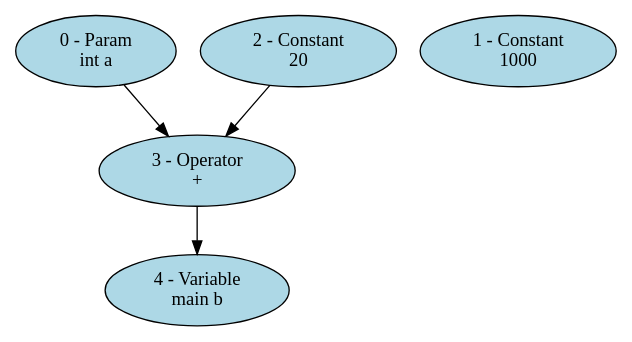
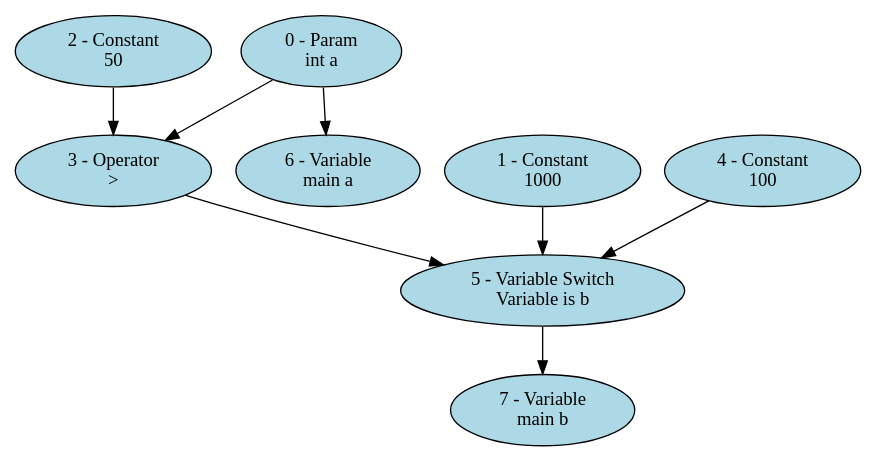
Before and after one commit to BentleyJOakes/SourceToSimulink: the diagram in examples/simple.dot, drawn with Graphviz. The commit also changed 4 other files, not shown here.

```diff
--- a/examples/simple.dot
+++ b/examples/simple.dot
@@ -1,10 +1,17 @@
 digraph simple {
-"0 - Param\nint a" [fillcolor=lightblue, style=filled];
-"1 - Constant\n1000" [fillcolor=lightblue, style=filled];
-"2 - Constant\n20" [fillcolor=lightblue, style=filled];
-"3 - Operator\n+" [fillcolor=lightblue, style=filled];
-"4 - Variable\nmain b" [fillcolor=lightblue, style=filled];
-"0 - Param\nint a" -> "3 - Operator\n+";
-"2 - Constant\n20" -> "3 - Operator\n+";
-"3 - Operator\n+" -> "4 - Variable\nmain b";
+"0 - Param\nint a" [style=filled, fillcolor=lightblue];
+"1 - Constant\n1000" [style=filled, fillcolor=lightblue];
+"2 - Constant\n50" [style=filled, fillcolor=lightblue];
+"3 - Operator\n>" [style=filled, fillcolor=lightblue];
+"4 - Constant\n100" [style=filled, fillcolor=lightblue];
+"5 - Variable Switch\nVariable is b" [style=filled, fillcolor=lightblue];
+"6 - Variable\nmain a" [style=filled, fillcolor=lightblue];
+"7 - Variable\nmain b" [style=filled, fillcolor=lightblue];
+"0 - Param\nint a" -> "3 - Operator\n>";
+"2 - Constant\n50" -> "3 - Operator\n>";
+"3 - Operator\n>" -> "5 - Variable Switch\nVariable is b";
+"1 - Constant\n1000" -> "5 - Variable Switch\nVariable is b";
+"4 - Constant\n100" -> "5 - Variable Switch\nVariable is b";
+"0 - Param\nint a" -> "6 - Variable\nmain a";
+"5 - Variable Switch\nVariable is b" -> "7 - Variable\nmain b";
 }
```
